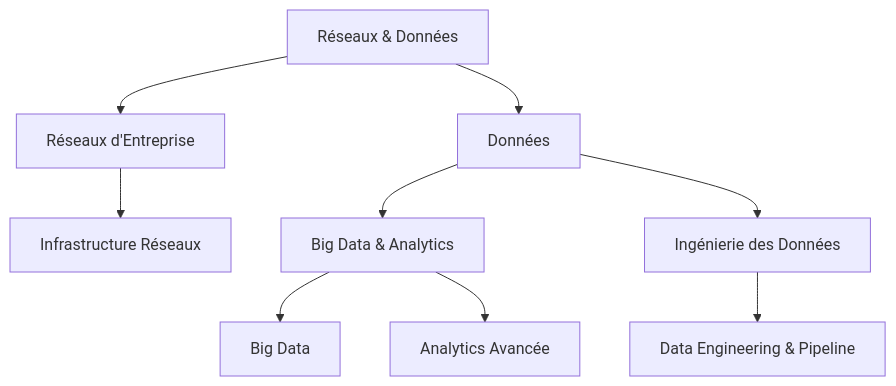
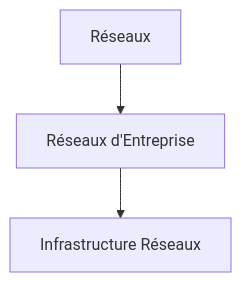
Before and after one commit to sanogotech/preparationCertificationCCNA: the fourth of 8 diagrams in TestSchema.md, drawn with Mermaid. The commit also changed other lines of this file, not shown here.

````diff
--- a/TestSchema.md
+++ b/TestSchema.md
@@ -83,19 +78,7 @@
 ```mermaid
 graph TD
-    D[Réseaux & Données] --> D1[Réseaux d'Entreprise]
-    D --> F[Données]
+    D[Réseaux] --> D1[Réseaux d'Entreprise]
 
     %% Réseaux d'Entreprise
     D1 --> D1a[Infrastructure Réseaux]
-
-    %% Données
-    F --> F1[Big Data & Analytics]
-    F --> F2[Ingénierie des Données]
-
-    %% Big Data & Analytics
-    F1 --> F1a[Big Data]
-    F1 --> F1b[Analytics Avancée]
-
-    %% Ingénierie des Données
-    F2 --> F2a[Data Engineering & Pipeline]
 ```
````
